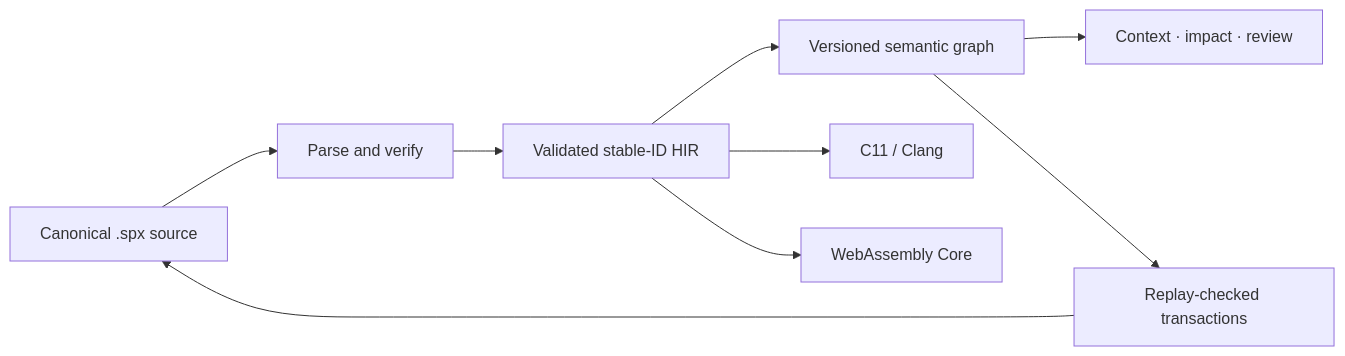
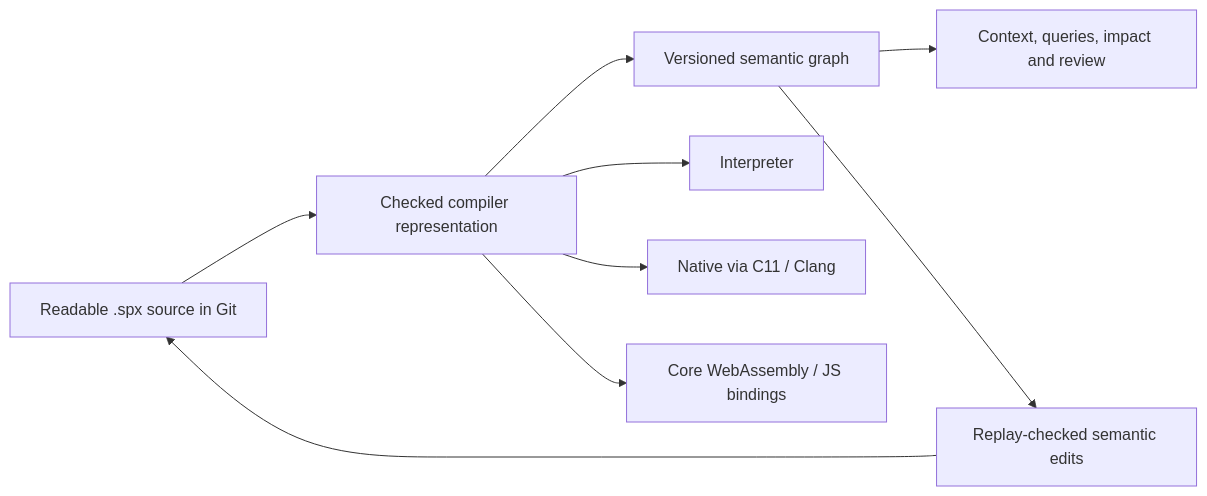
Before and after one commit to Shadows-In-The-Space/semaprax: the diagram in README.md, drawn with Mermaid. The commit also changed other lines of this file, not shown here.

````diff
--- a/README.md
+++ b/README.md
@@ -205,11 +347,11 @@
 ```mermaid
 flowchart LR
-    S["Canonical .spx source"] --> P["Parse and verify"]
-    P --> H["Validated stable-ID HIR"]
+    S["Readable .spx source in Git"] --> H["Checked compiler representation"]
     H --> G["Versioned semantic graph"]
-    G --> Q["Context · impact · review"]
-    G --> T["Replay-checked transactions"]
+    G --> Q["Context, queries, impact and review"]
+    G --> T["Replay-checked semantic edits"]
     T --> S
-    H --> N["C11 / Clang"]
-    H --> W["WebAssembly Core"]
+    H --> I["Interpreter"]
+    H --> N["Native via C11 / Clang"]
+    H --> W["Core WebAssembly / JS bindings"]
 ```
````
